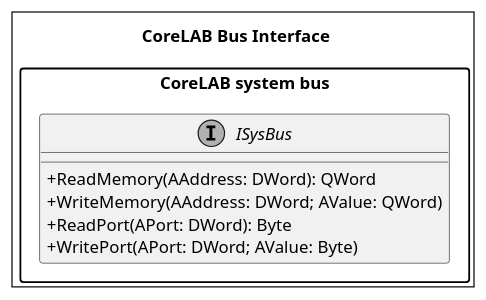
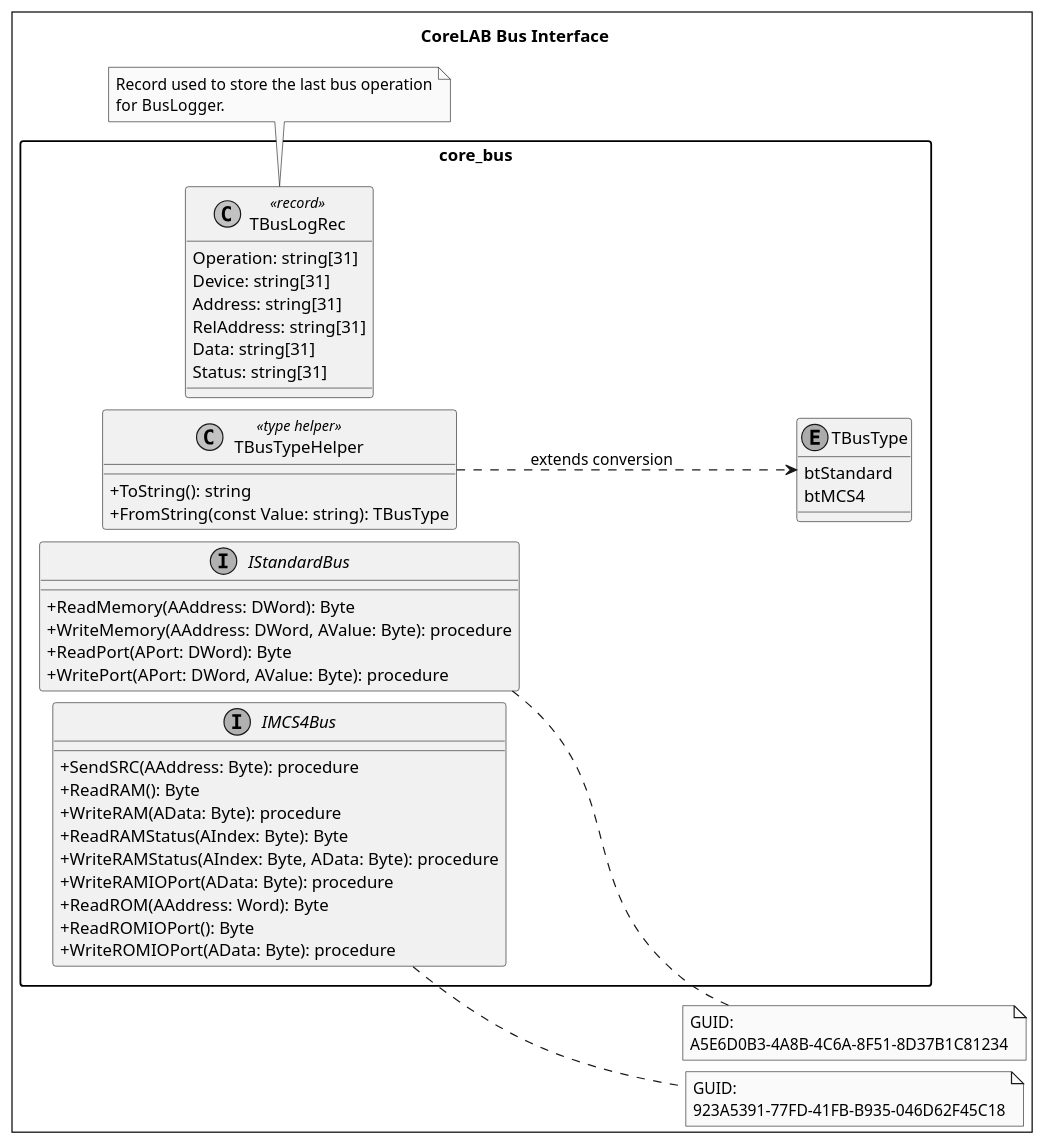
The diagram in document/code/diagrams/source/interface_bus.puml (pozsarzs/corelab), drawn with PlantUML before and after one commit. The commit also changed 7 other files, not shown here.

```diff
--- a/document/code/diagrams/source/interface_bus.puml
+++ b/document/code/diagrams/source/interface_bus.puml
@@ -1,26 +1,72 @@
 @startuml
 title CoreLAB Bus Interface
 
 skinparam classAttributeIconSize 0
 skinparam diagramBorderColor black
 skinparam diagramBorderThickness 1
 'skinparam linetype ortho
 skinparam nodesep 10
 skinparam packageStyle rectangle
 skinparam ranksep 10
 skinparam shadowing false
 skinparam monochrome true
 left to right direction
 
-package "CoreLAB system bus" {
+package "core_bus" {
 
-  interface ISysBus {
-    + ReadMemory(AAddress: DWord): QWord
-    + WriteMemory(AAddress: DWord; AValue: QWord)
-    + ReadPort(APort: DWord): Byte
-    + WritePort(APort: DWord; AValue: Byte)
+  class TBusLogRec <<record>> {
+    Operation: string[31]
+    Device: string[31]
+    Address: string[31]
+    RelAddress: string[31]
+    Data: string[31]
+    Status: string[31]
   }
 
+  enum TBusType {
+    btStandard
+    btMCS4
+  }
+
+  class TBusTypeHelper <<type helper>> {
+    +ToString(): string
+    +FromString(const Value: string): TBusType
+  }
+
+  interface IStandardBus {
+    +ReadMemory(AAddress: DWord): Byte
+    +WriteMemory(AAddress: DWord, AValue: Byte): procedure
+    +ReadPort(APort: DWord): Byte
+    +WritePort(APort: DWord, AValue: Byte): procedure
+  }
+
+  interface IMCS4Bus {
+    +SendSRC(AAddress: Byte): procedure
+    +ReadRAM(): Byte
+    +WriteRAM(AData: Byte): procedure
+    +ReadRAMStatus(AIndex: Byte): Byte
+    +WriteRAMStatus(AIndex: Byte, AData: Byte): procedure
+    +WriteRAMIOPort(AData: Byte): procedure
+    +ReadROM(AAddress: Word): Byte
+    +ReadROMIOPort(): Byte
+    +WriteROMIOPort(AData: Byte): procedure
+  }
 }
 
+TBusTypeHelper ..> TBusType : extends conversion
+note right of IStandardBus
+  GUID:
+  A5E6D0B3-4A8B-4C6A-8F51-8D37B1C81234
+end note
+
+note right of IMCS4Bus
+  GUID:
+  923A5391-77FD-41FB-B935-046D62F45C18
+end note
+
+note bottom of TBusLogRec
+  Record used to store the last bus operation
+  for BusLogger.
+end note
+
 @enduml
```
